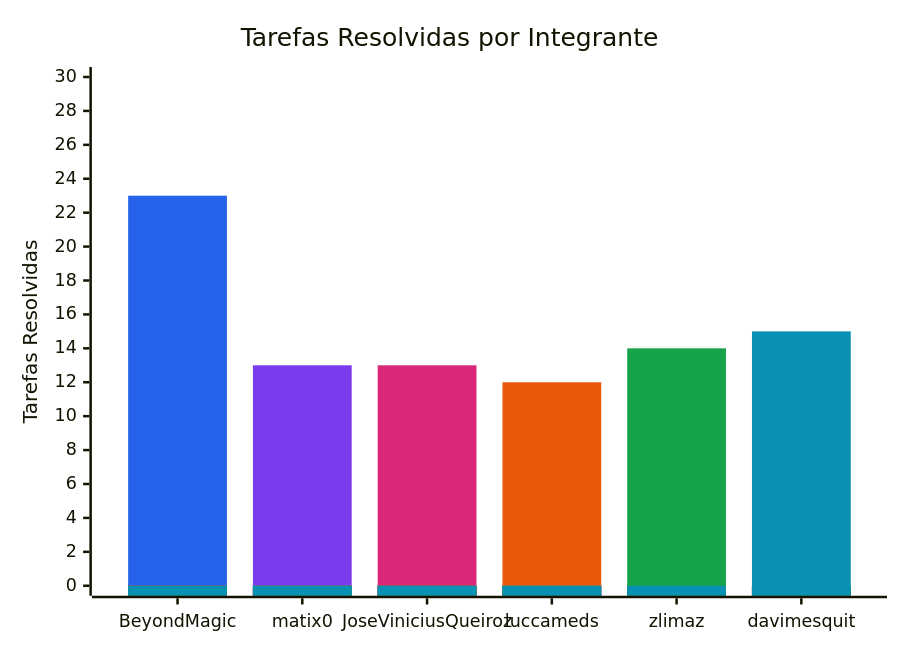
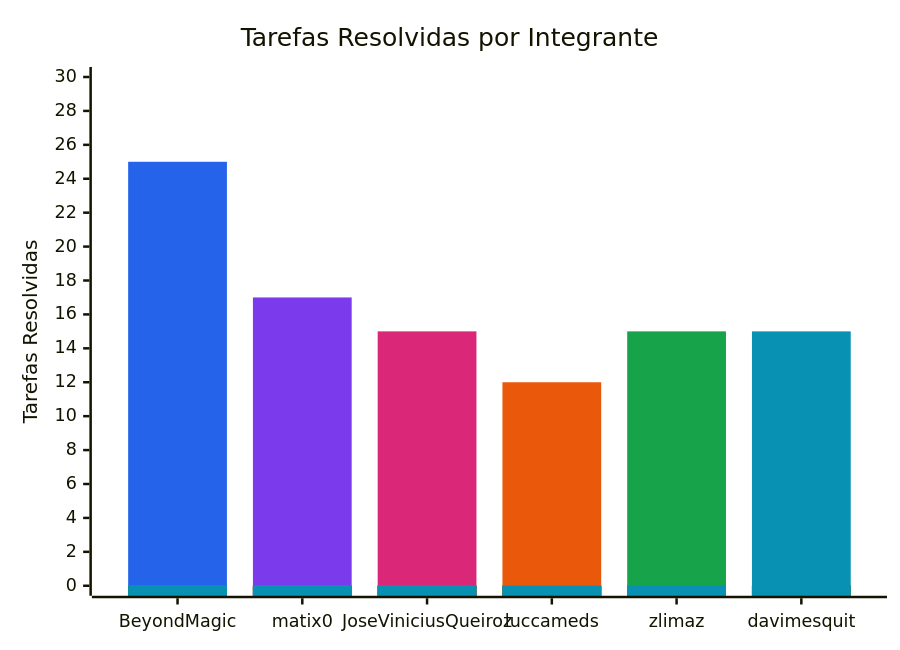
One commit to FCTE-Qualidade-de-Software-1/2026-2_T01_FRANS_BILAS changed the diagram in documentation/snippets/management/resolved-issues.mmd. Above: the diagram before and after it, drawn with Mermaid. The commit also changed 5 other files, not shown here.

```diff
--- a/documentation/snippets/management/resolved-issues.mmd
+++ b/documentation/snippets/management/resolved-issues.mmd
@@ -1,11 +1,11 @@
 %%{init: {"themeVariables": {"xyChart": {"plotColorPalette": "#2563eb, #7c3aed, #db2777, #ea580c, #16a34a, #0891b2"}}}}%%
 xychart-beta
     title "Tarefas Resolvidas por Integrante"
     x-axis ["BeyondMagic", "matix0", "JoseViniciusQueiroz", "luccameds", "zlimaz", "davimesquit"]
     y-axis "Tarefas Resolvidas" 0 --> 30
-    bar [23, 0, 0, 0, 0, 0]
-    bar [0, 13, 0, 0, 0, 0]
-    bar [0, 0, 13, 0, 0, 0]
+    bar [25, 0, 0, 0, 0, 0]
+    bar [0, 17, 0, 0, 0, 0]
+    bar [0, 0, 15, 0, 0, 0]
     bar [0, 0, 0, 12, 0, 0]
-    bar [0, 0, 0, 0, 14, 0]
+    bar [0, 0, 0, 0, 15, 0]
     bar [0, 0, 0, 0, 0, 15]
```
